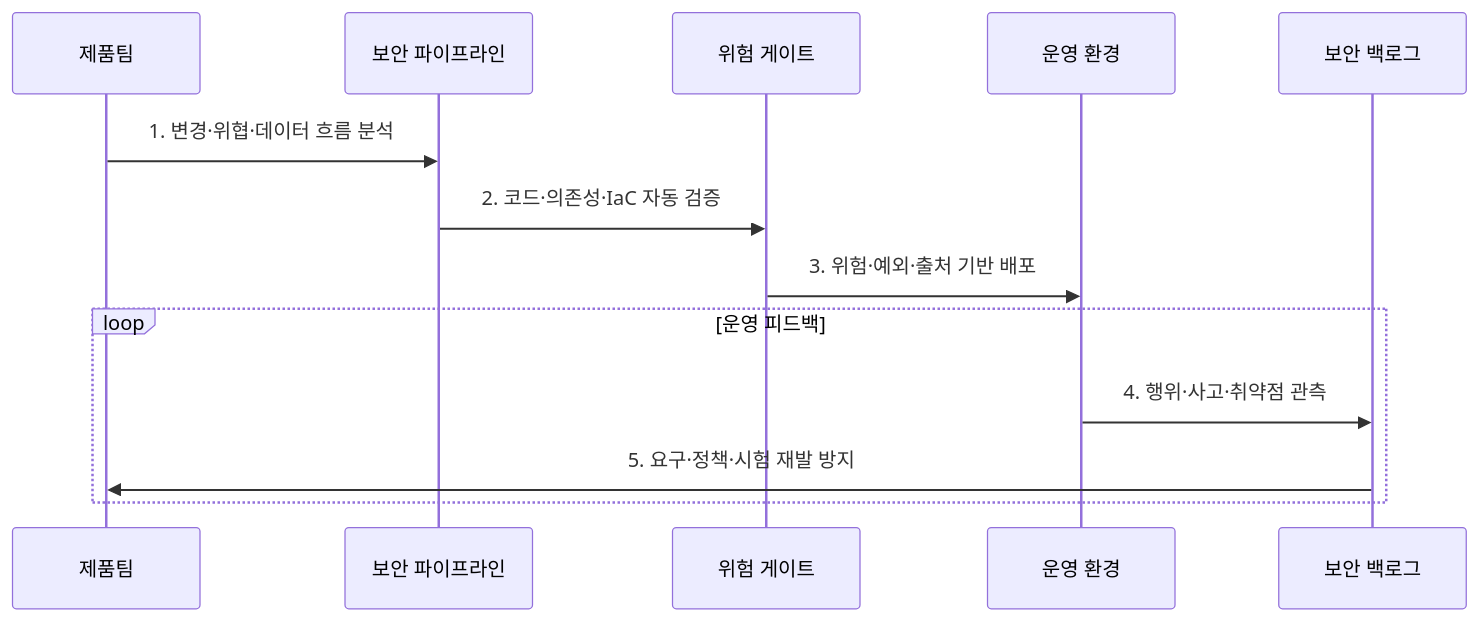
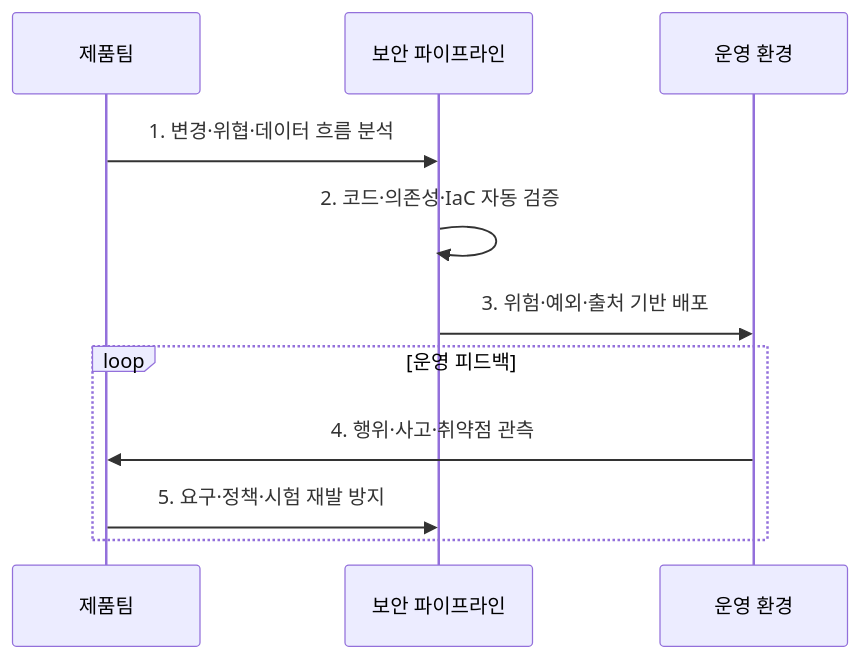
One commit to agnusdei1207/knowledge-base changed the second of 2 diagrams in src/content/docs/notes/05-security/144_devsecops_shift_left.md. Above: the diagram before and after it, drawn with Mermaid. The commit also changed 5 other files, not shown here.

Commit message:
Simplify security architecture sequences

````diff
--- a/src/content/docs/notes/05-security/144_devsecops_shift_left.md
+++ b/src/content/docs/notes/05-security/144_devsecops_shift_left.md
@@ -99,15 +99,13 @@
 ```mermaid
 sequenceDiagram
   participant T as 제품팀
   participant P as 보안 파이프라인
-  participant G as 위험 게이트
   participant O as 운영 환경
-  participant B as 보안 백로그
   T->>P: 1. 변경·위협·데이터 흐름 분석
-  P->>G: 2. 코드·의존성·IaC 자동 검증
-  G->>O: 3. 위험·예외·출처 기반 배포
+  P->>P: 2. 코드·의존성·IaC 자동 검증
+  P->>O: 3. 위험·예외·출처 기반 배포
   loop 운영 피드백
-    O->>B: 4. 행위·사고·취약점 관측
-    B->>T: 5. 요구·정책·시험 재발 방지
+    O->>T: 4. 행위·사고·취약점 관측
+    T->>P: 5. 요구·정책·시험 재발 방지
   end
 ```
````
